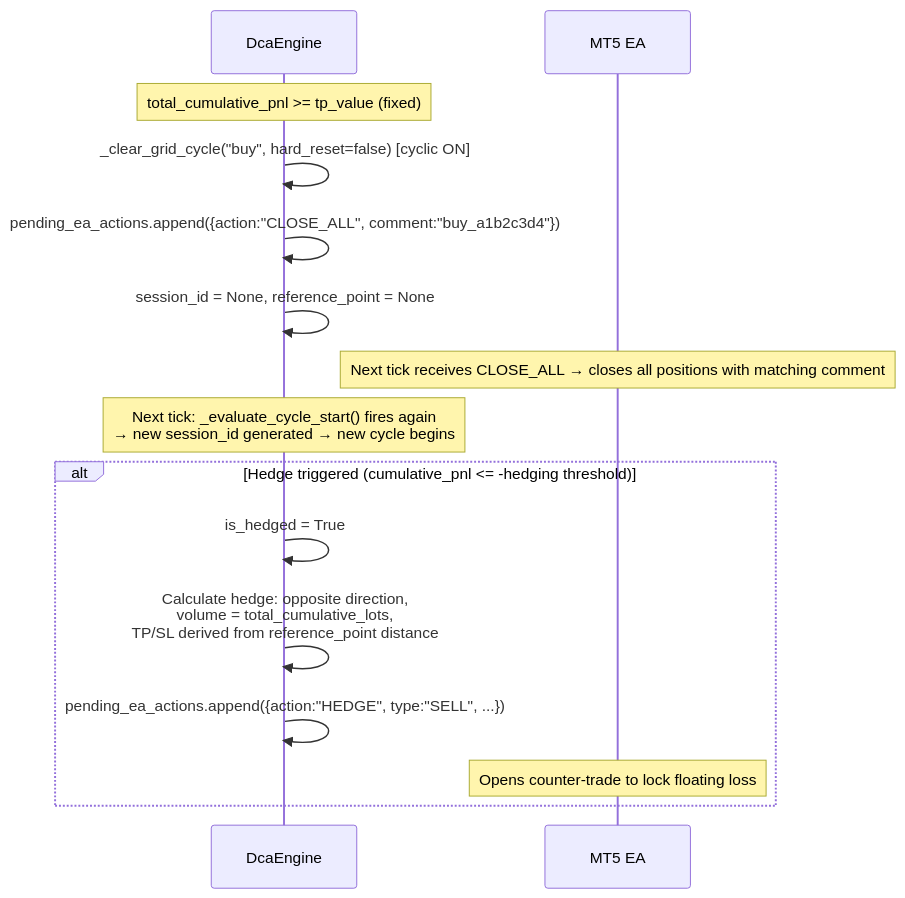
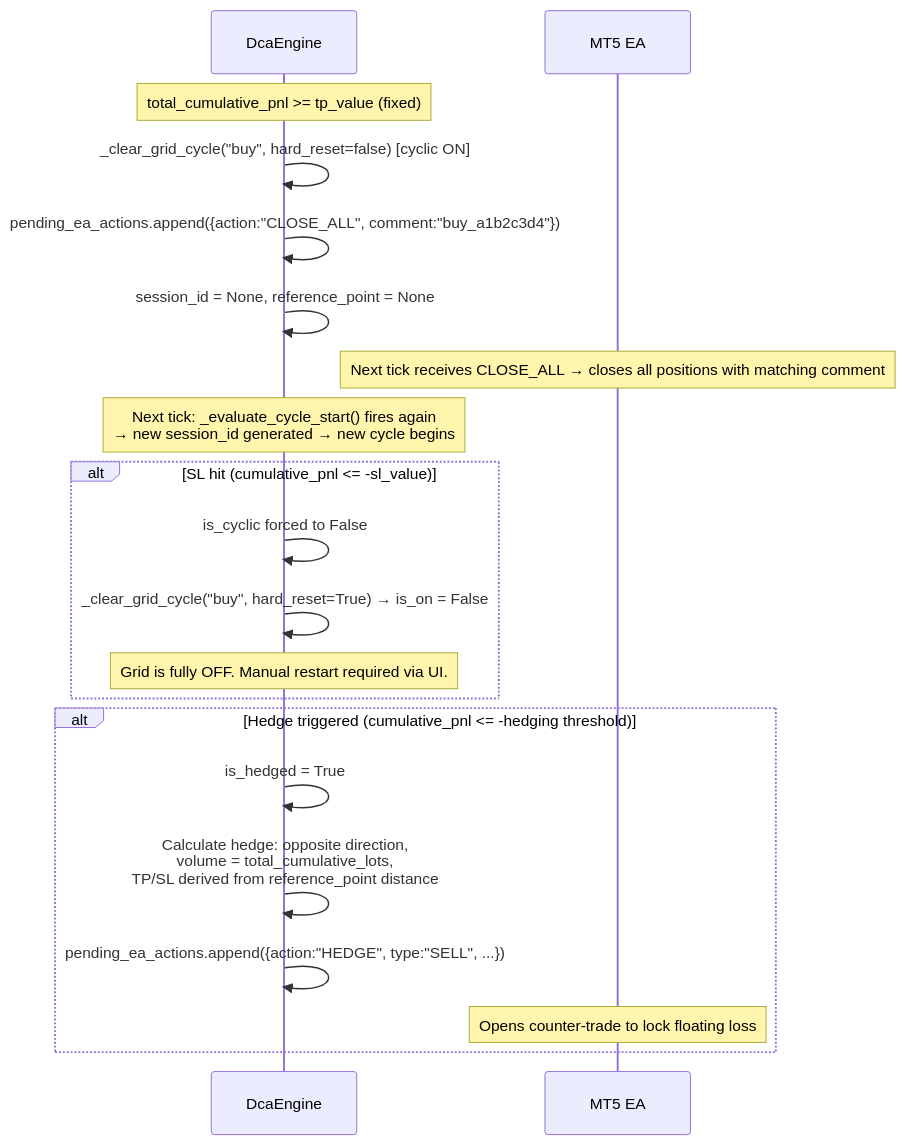
Before and after one commit to kumawat-aditya/elastic-dca-trader: the fourth of 6 diagrams in docs/ARCHITECTURE.md, drawn with Mermaid. The commit also changed other lines of this file and 4 other files, not shown here.

````diff
--- a/docs/ARCHITECTURE.md
+++ b/docs/ARCHITECTURE.md
@@ -177,19 +177,25 @@
 ```mermaid
 sequenceDiagram
     participant E as DcaEngine
     participant EA as MT5 EA
 
     Note over E: total_cumulative_pnl >= tp_value (fixed)
     E->>E: _clear_grid_cycle("buy", hard_reset=false) [cyclic ON]
     E->>E: pending_ea_actions.append({action:"CLOSE_ALL", comment:"buy_a1b2c3d4"})
     E->>E: session_id = None, reference_point = None
     Note over EA: Next tick receives CLOSE_ALL → closes all positions with matching comment
     Note over E: Next tick: _evaluate_cycle_start() fires again<br/>→ new session_id generated → new cycle begins
 
+    alt SL hit (cumulative_pnl <= -sl_value)
+        E->>E: is_cyclic forced to False
+        E->>E: _clear_grid_cycle("buy", hard_reset=True) → is_on = False
+        Note over E: Grid is fully OFF. Manual restart required via UI.
+    end
+
     alt Hedge triggered (cumulative_pnl <= -hedging threshold)
         E->>E: is_hedged = True
         E->>E: Calculate hedge: opposite direction,<br/>volume = total_cumulative_lots,<br/>TP/SL derived from reference_point distance
         E->>E: pending_ea_actions.append({action:"HEDGE", type:"SELL", ...})
         Note over EA: Opens counter-trade to lock floating loss
     end
 ```
````
